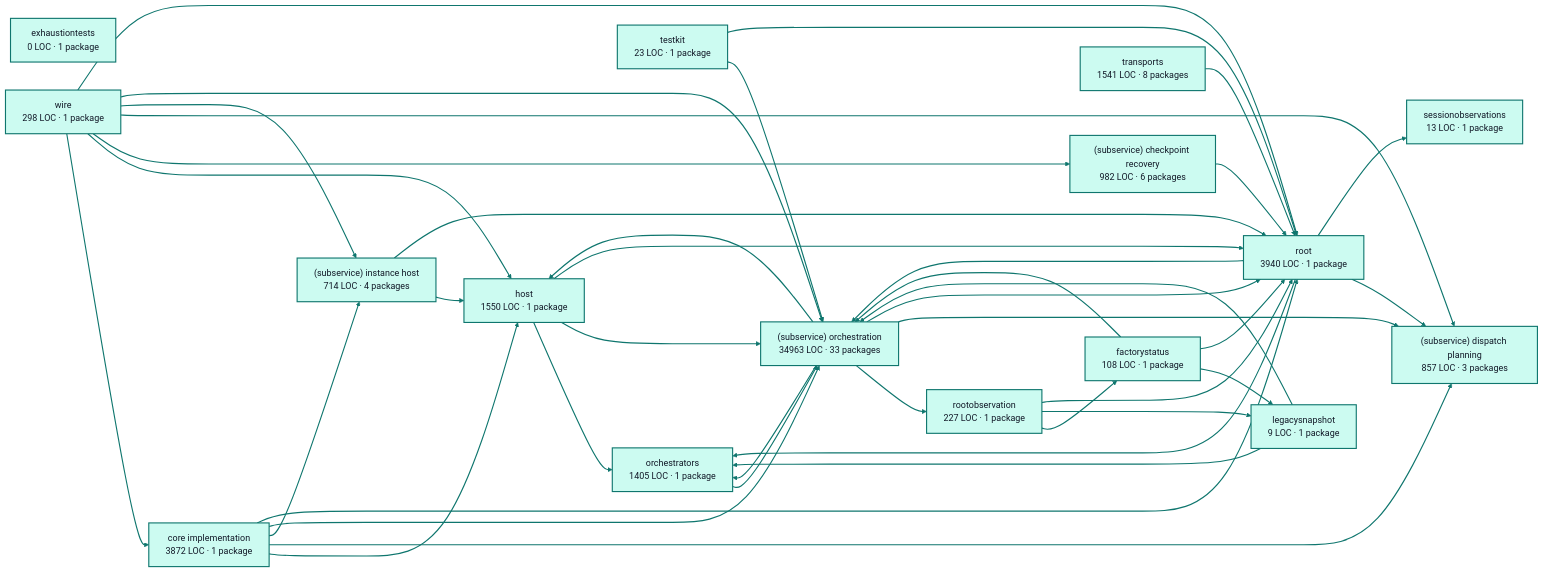
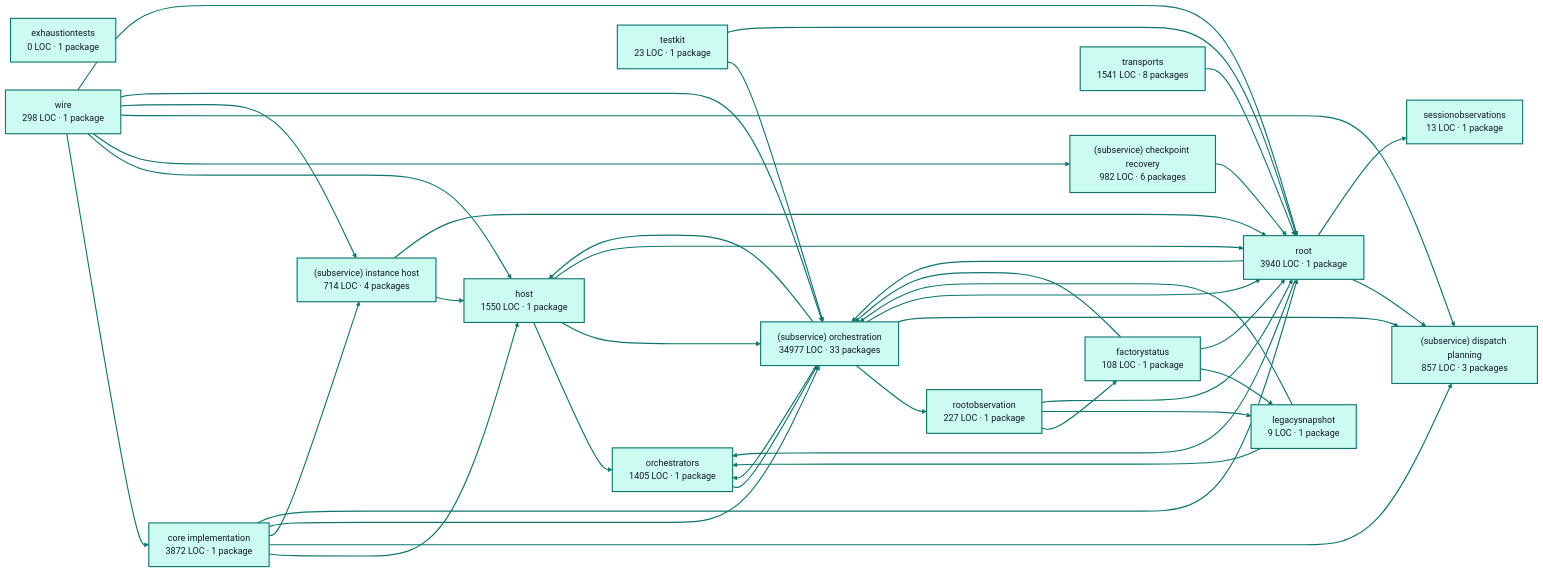
The diagram in docs/architecture/visualizations/services/factory_runtime.md (portpowered/you-agent-factory), drawn with Mermaid (forest theme) before and after one commit. The commit also changed other lines of this file and 20 other files, not shown here.

Commit message:
docs: refresh backend architecture visualizations

````diff
--- a/docs/architecture/visualizations/services/factory_runtime.md
+++ b/docs/architecture/visualizations/services/factory_runtime.md
@@ -11,75 +11,75 @@
 ```mermaid
 flowchart LR
   p0["core implementation<br/>3872 LOC · 1 package"]
   p1["exhaustiontests<br/>0 LOC · 1 package"]
   p2["factorystatus<br/>108 LOC · 1 package"]
   p3["host<br/>1550 LOC · 1 package"]
   p4["legacysnapshot<br/>9 LOC · 1 package"]
   p5["orchestrators<br/>1405 LOC · 1 package"]
   p6["rootobservation<br/>227 LOC · 1 package"]
   p7["(subservice) checkpoint recovery<br/>982 LOC · 6 packages"]
   p8["(subservice) dispatch planning<br/>857 LOC · 3 packages"]
   p9["(subservice) instance host<br/>714 LOC · 4 packages"]
-  p10["(subservice) orchestration<br/>34963 LOC · 33 packages"]
+  p10["(subservice) orchestration<br/>34977 LOC · 33 packages"]
   p11["sessionobservations<br/>13 LOC · 1 package"]
   p12["testkit<br/>23 LOC · 1 package"]
   p13["root<br/>3940 LOC · 1 package"]
   p14["transports<br/>1541 LOC · 8 packages"]
   p15["wire<br/>298 LOC · 1 package"]
   p0 --> p3
   p0 --> p8
   p0 --> p9
   p0 --> p10
   p0 --> p13
   p2 --> p4
   p2 --> p10
   p2 --> p13
   p3 --> p5
   p3 --> p10
   p3 --> p13
   p4 --> p5
   p4 --> p10
   p5 --> p10
   p6 --> p2
   p6 --> p4
   p6 --> p13
   p7 --> p13
   p9 --> p3
   p9 --> p13
   p10 --> p3
   p10 --> p5
   p10 --> p6
   p10 --> p8
   p10 --> p13
   p12 --> p10
   p12 --> p13
   p13 --> p5
   p13 --> p8
   p13 --> p10
   p13 --> p11
   p14 --> p13
   p15 --> p0
   p15 --> p3
   p15 --> p7
   p15 --> p8
   p15 --> p9
   p15 --> p10
   p15 --> p13
   style p0 fill:#ccfbf1,stroke:#0f766e,stroke-width:2px,color:#111827
   style p1 fill:#ccfbf1,stroke:#0f766e,stroke-width:2px,color:#111827
   style p2 fill:#ccfbf1,stroke:#0f766e,stroke-width:2px,color:#111827
   style p3 fill:#ccfbf1,stroke:#0f766e,stroke-width:2px,color:#111827
   style p4 fill:#ccfbf1,stroke:#0f766e,stroke-width:2px,color:#111827
   style p5 fill:#ccfbf1,stroke:#0f766e,stroke-width:2px,color:#111827
   style p6 fill:#ccfbf1,stroke:#0f766e,stroke-width:2px,color:#111827
   style p7 fill:#ccfbf1,stroke:#0f766e,stroke-width:2px,color:#111827
   style p8 fill:#ccfbf1,stroke:#0f766e,stroke-width:2px,color:#111827
   style p9 fill:#ccfbf1,stroke:#0f766e,stroke-width:2px,color:#111827
   style p10 fill:#ccfbf1,stroke:#0f766e,stroke-width:2px,color:#111827
   style p11 fill:#ccfbf1,stroke:#0f766e,stroke-width:2px,color:#111827
   style p12 fill:#ccfbf1,stroke:#0f766e,stroke-width:2px,color:#111827
   style p13 fill:#ccfbf1,stroke:#0f766e,stroke-width:2px,color:#111827
   style p14 fill:#ccfbf1,stroke:#0f766e,stroke-width:2px,color:#111827
   style p15 fill:#ccfbf1,stroke:#0f766e,stroke-width:2px,color:#111827
   linkStyle default stroke:#0f766e,stroke-width:2px
 ```
````
